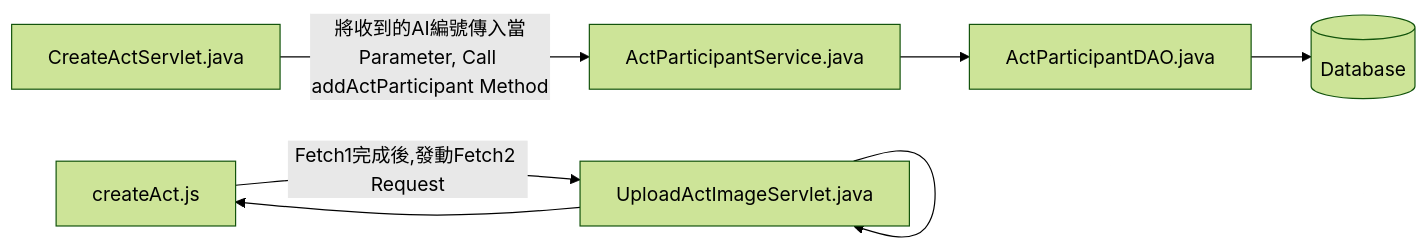
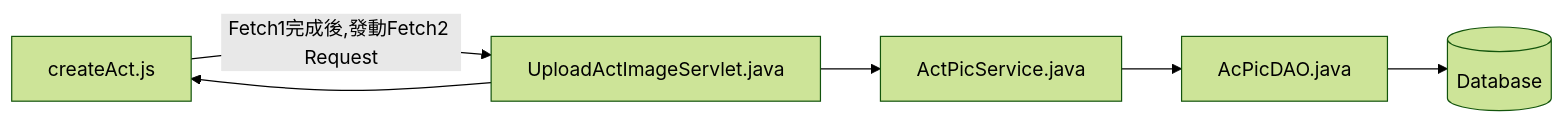
The fourth of 13 diagrams in README.md (TLexYuW/CGA103G1OwnPart), drawn with Mermaid (forest theme) before and after one commit. The commit also changed other lines of this file, not shown here.

Commit message:
LexVaultBackup: 2022-09-11 22:48:53
Affected files:
README.md

````diff
--- a/README.md
+++ b/README.md
@@ -71,8 +76,6 @@
 ```mermaid
 flowchart LR
-	CAS[CreateActServlet.java] -->|將收到的AI編號傳入當Parameter, Call addActParticipant Method| APS[ActParticipantService.java] 
-	--> APDAO[ActParticipantDAO.java] --> DB[(Database)]
-	
-	cA[createAct.js] -->|Fetch1完成後,發動Fetch2 Request| UAIS[UploadActImageServlet.java] -->
+	cA[createAct.js] -->|Fetch1完成後,發動Fetch2 Request| UAIS[UploadActImageServlet.java] --> APS[ActPicService.java]
+	--> APD[AcPicDAO.java] --> DB[(Database)]
 	UAIS --> cA
 ```
````
